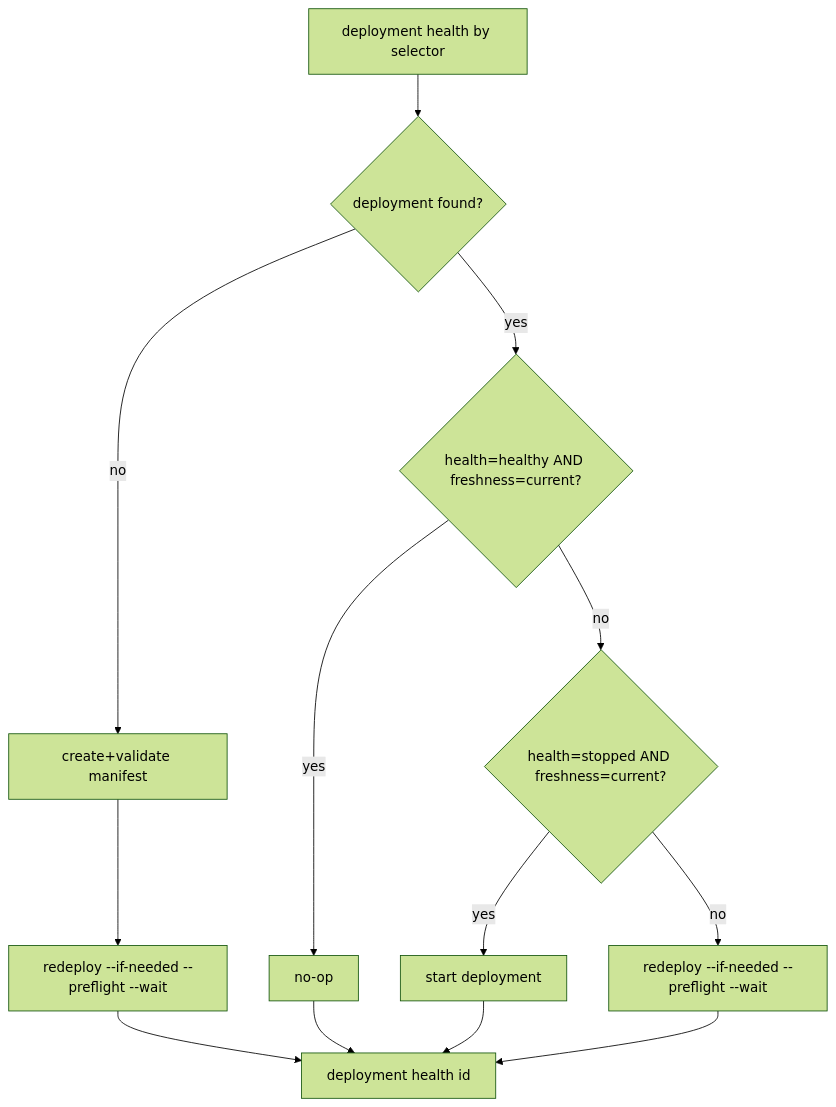
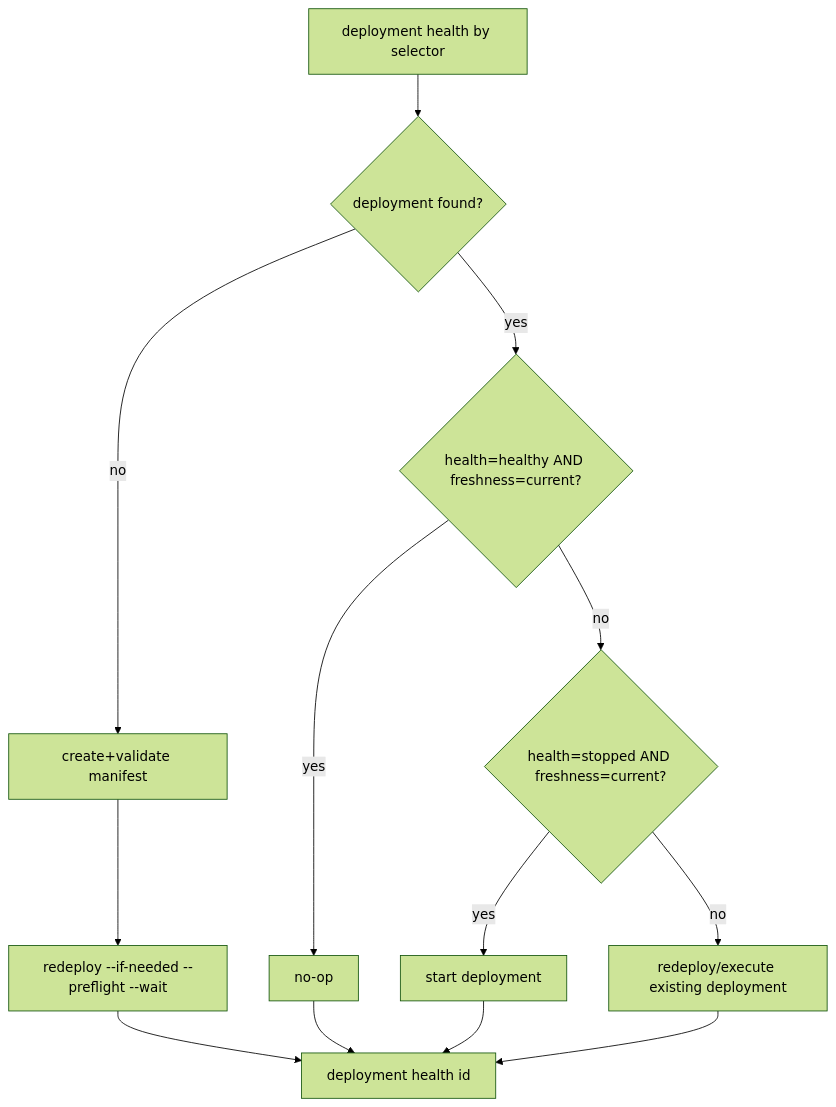
The diagram in scenarios/prompt-manager/store/skills/packs/core/scenario-to-cloud/SKILL.md (Vrooli/Vrooli), drawn with Mermaid (forest theme) before and after one commit. The commit also changed other lines of this file, not shown here.

````diff
--- a/scenarios/prompt-manager/store/skills/packs/core/scenario-to-cloud/SKILL.md
+++ b/scenarios/prompt-manager/store/skills/packs/core/scenario-to-cloud/SKILL.md
@@ -47,15 +102,15 @@
 ```mermaid
 flowchart TD
   A[deployment health by selector] --> B{deployment found?}
   B -->|no| C[create+validate manifest]
   C --> D[redeploy --if-needed --preflight --wait]
   B -->|yes| E{health=healthy AND freshness=current?}
   E -->|yes| F[no-op]
   E -->|no| G{health=stopped AND freshness=current?}
   G -->|yes| H[start deployment]
-  G -->|no| I[redeploy --if-needed --preflight --wait]
+  G -->|no| I[redeploy/execute existing deployment]
   D --> J[deployment health id]
   F --> J
   H --> J
   I --> J
 ```
````
